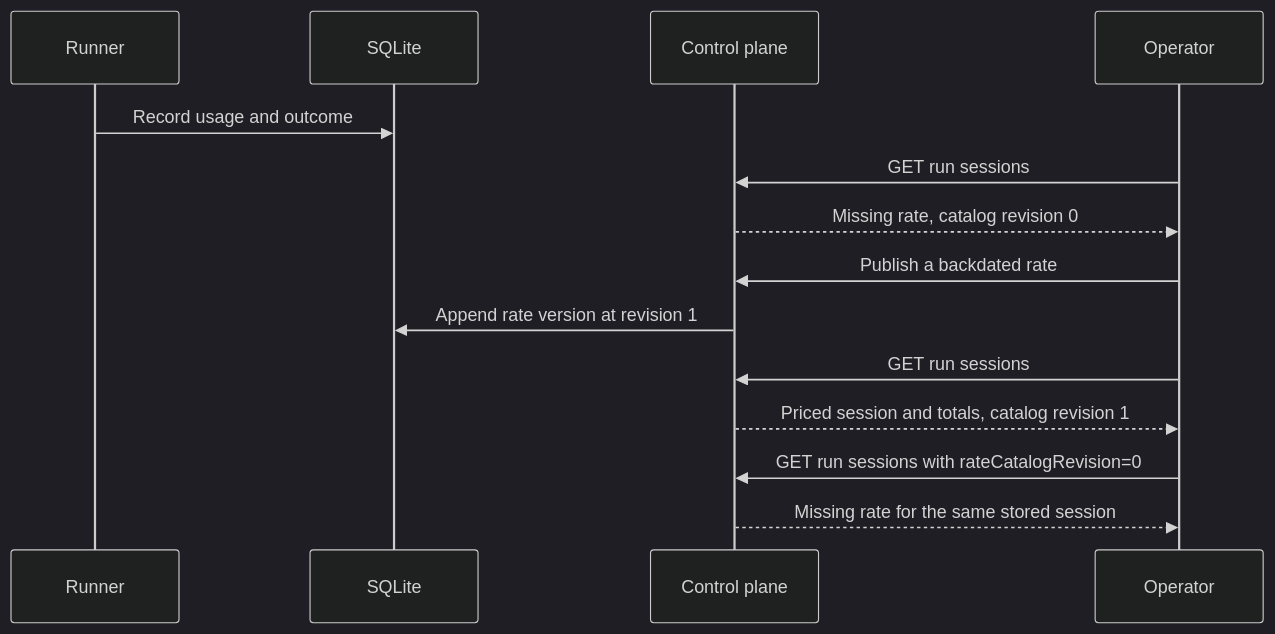
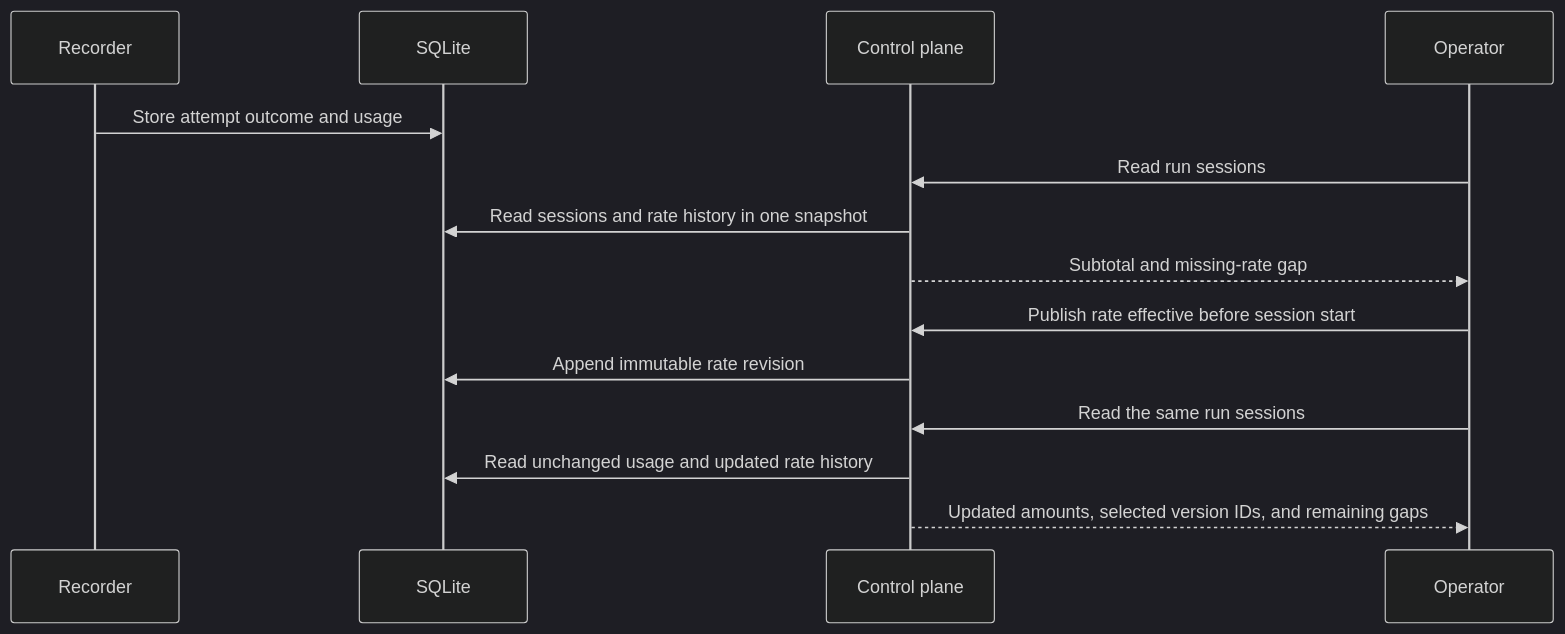
One commit to markdstafford/autocatalyst changed the third of 3 diagrams in context-human/specs/feature-cache-aware-session-cost.md. Above: the diagram before and after it, drawn with Mermaid (dark theme). The commit also changed other lines of this file, not shown here.

Commit message:
docs: revise feature spec cache-aware-session-cost

````diff
--- a/context-human/specs/feature-cache-aware-session-cost.md
+++ b/context-human/specs/feature-cache-aware-session-cost.md
@@ -138,16 +131,16 @@
 ```mermaid
 sequenceDiagram
-    participant R as Runner
+    participant R as Recorder
     participant D as SQLite
     participant A as Control plane
     participant O as Operator
-    R->>D: Record usage and outcome
-    O->>A: GET run sessions
-    A-->>O: Missing rate, catalog revision 0
-    O->>A: Publish a backdated rate
-    A->>D: Append rate version at revision 1
-    O->>A: GET run sessions
-    A-->>O: Priced session and totals, catalog revision 1
-    O->>A: GET run sessions with rateCatalogRevision=0
-    A-->>O: Missing rate for the same stored session
+    R->>D: Store attempt outcome and usage
+    O->>A: Read run sessions
+    A->>D: Read sessions and rate history in one snapshot
+    A-->>O: Subtotal and missing-rate gap
+    O->>A: Publish rate effective before session start
+    A->>D: Append immutable rate revision
+    O->>A: Read the same run sessions
+    A->>D: Read unchanged usage and updated rate history
+    A-->>O: Updated amounts, selected version IDs, and remaining gaps
 ```
````
